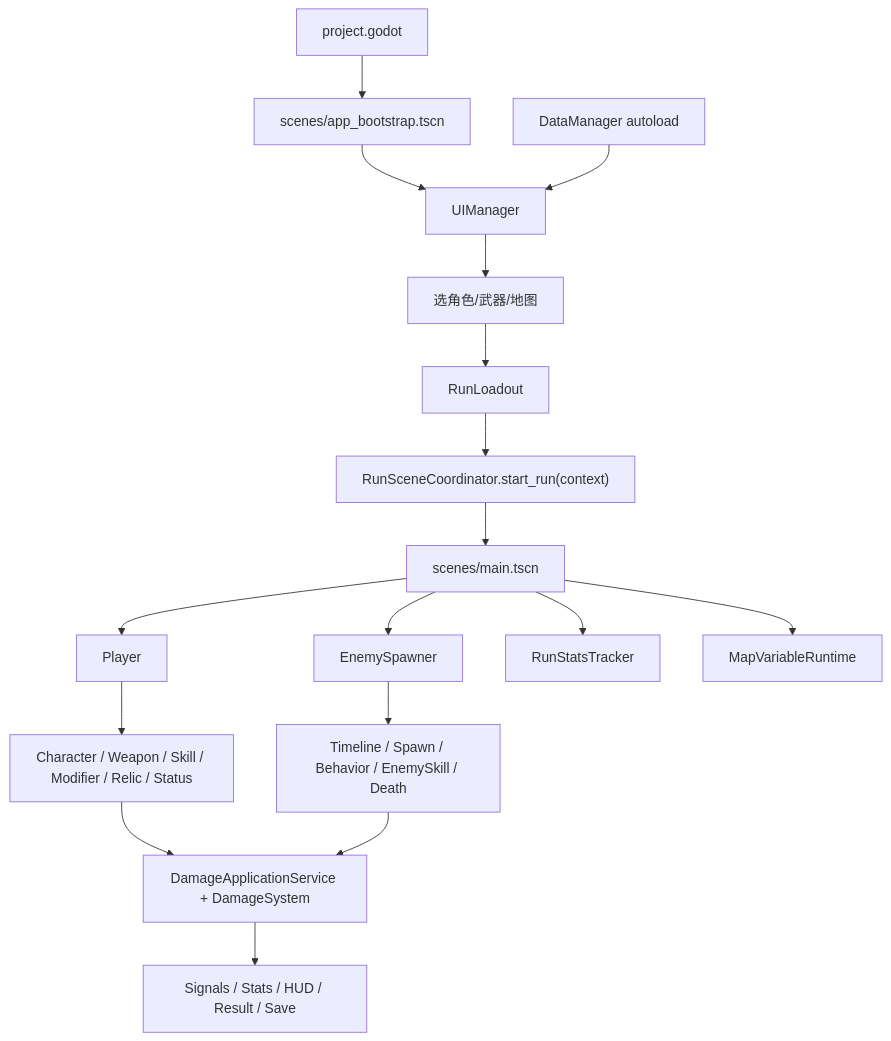
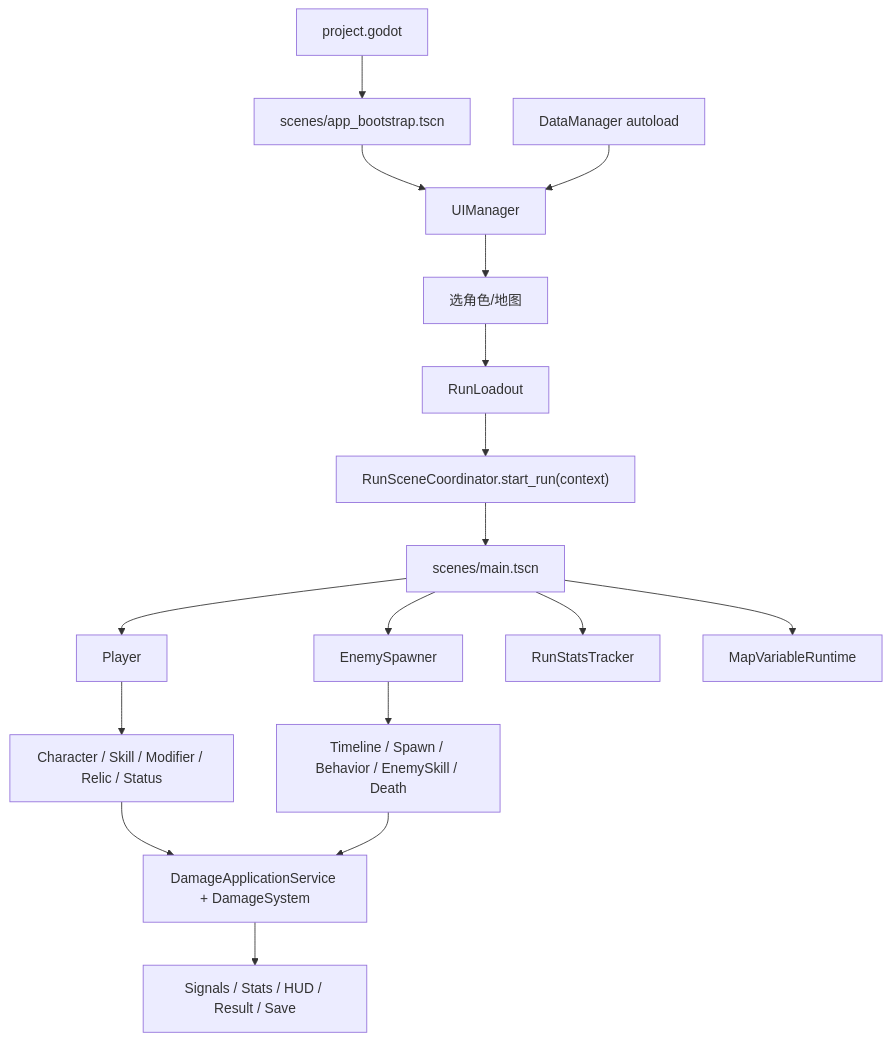
One commit to dengjunxicool-ai/roguelike_survivor changed the diagram in docs/ALL_SYSTEMS_FUNCTIONAL_OVERVIEW.md. Above: the diagram before and after it, drawn with Mermaid. The commit also changed other lines of this file and 57 other files, not shown here.

````diff
--- a/docs/ALL_SYSTEMS_FUNCTIONAL_OVERVIEW.md
+++ b/docs/ALL_SYSTEMS_FUNCTIONAL_OVERVIEW.md
@@ -9,19 +9,19 @@
 ```mermaid
 flowchart TD
 	A["project.godot"] --> B["scenes/app_bootstrap.tscn"]
 	B --> C["UIManager"]
 	D["DataManager autoload"] --> C
-	C --> E["选角色/武器/地图"]
+	C --> E["选角色/地图"]
 	E --> F["RunLoadout"]
 	F --> G["RunSceneCoordinator.start_run(context)"]
 	G --> H["scenes/main.tscn"]
 	H --> I["Player"]
 	H --> J["EnemySpawner"]
 	H --> K["RunStatsTracker"]
 	H --> L["MapVariableRuntime"]
-	I --> M["Character / Weapon / Skill / Modifier / Relic / Status"]
+	I --> M["Character / Skill / Modifier / Relic / Status"]
 	J --> N["Timeline / Spawn / Behavior / EnemySkill / Death"]
 	M --> O["DamageApplicationService + DamageSystem"]
 	N --> O
 	O --> P["Signals / Stats / HUD / Result / Save"]
 ```
````
